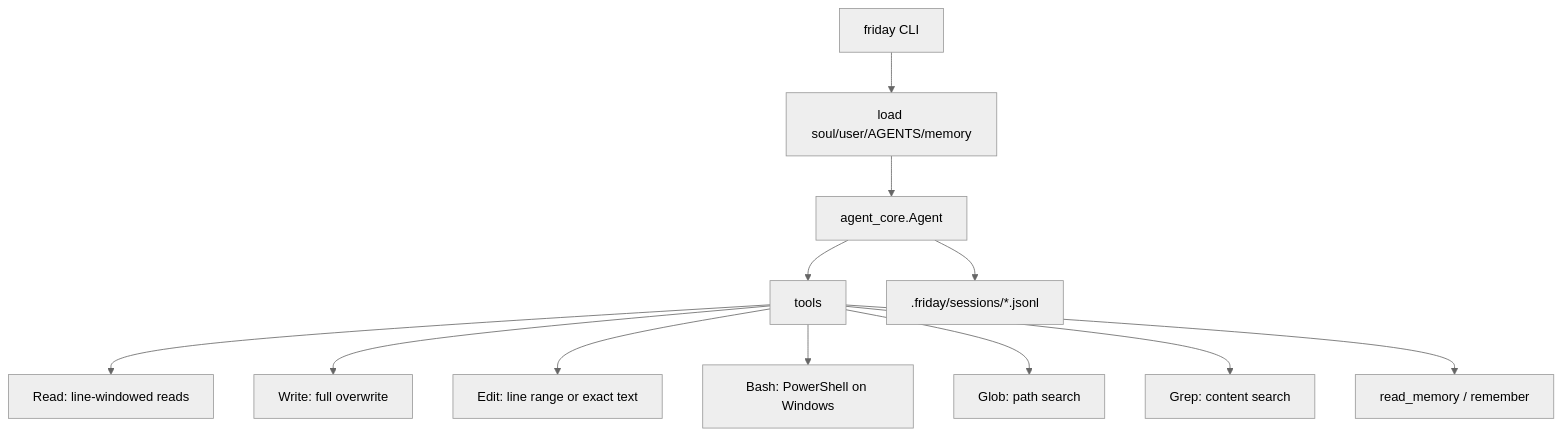
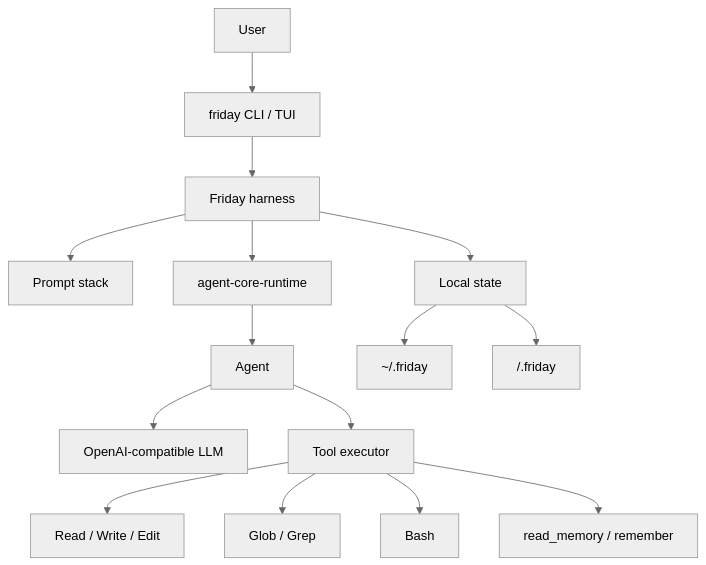
One commit to Lancetwang/friday changed the diagram in README.md. Above: the diagram before and after it, drawn with Mermaid (neutral theme). The commit also changed other lines of this file and 2 other files, not shown here.

Commit message:
Document Friday harness architecture

````diff
--- a/README.md
+++ b/README.md
@@ -11,14 +14,17 @@
 ```mermaid
 flowchart TD
-    CLI["friday CLI"] --> Loader["load soul/user/AGENTS/memory"]
-    Loader --> Agent["agent_core.Agent"]
-    Agent --> Tools["tools"]
-    Tools --> Read["Read: line-windowed reads"]
-    Tools --> Write["Write: full overwrite"]
-    Tools --> Edit["Edit: line range or exact text"]
-    Tools --> Shell["Bash: PowerShell on Windows"]
-    Tools --> Glob["Glob: path search"]
-    Tools --> Grep["Grep: content search"]
+    User["User"] --> CLI["friday CLI / TUI"]
+    CLI --> Harness["Friday harness"]
+    Harness --> Prompt["Prompt stack"]
+    Harness --> State["Local state"]
+    Harness --> Runtime["agent-core-runtime"]
+    Runtime --> Agent["Agent"]
+    Agent --> LLM["OpenAI-compatible LLM"]
+    Agent --> Tools["Tool executor"]
+    Tools --> Files["Read / Write / Edit"]
+    Tools --> Search["Glob / Grep"]
+    Tools --> Shell["Bash"]
     Tools --> Memory["read_memory / remember"]
-    Agent --> Session[".friday/sessions/*.jsonl"]
+    State --> Global["~/.friday"]
+    State --> Project["<workspace>/.friday"]
 ```
````
